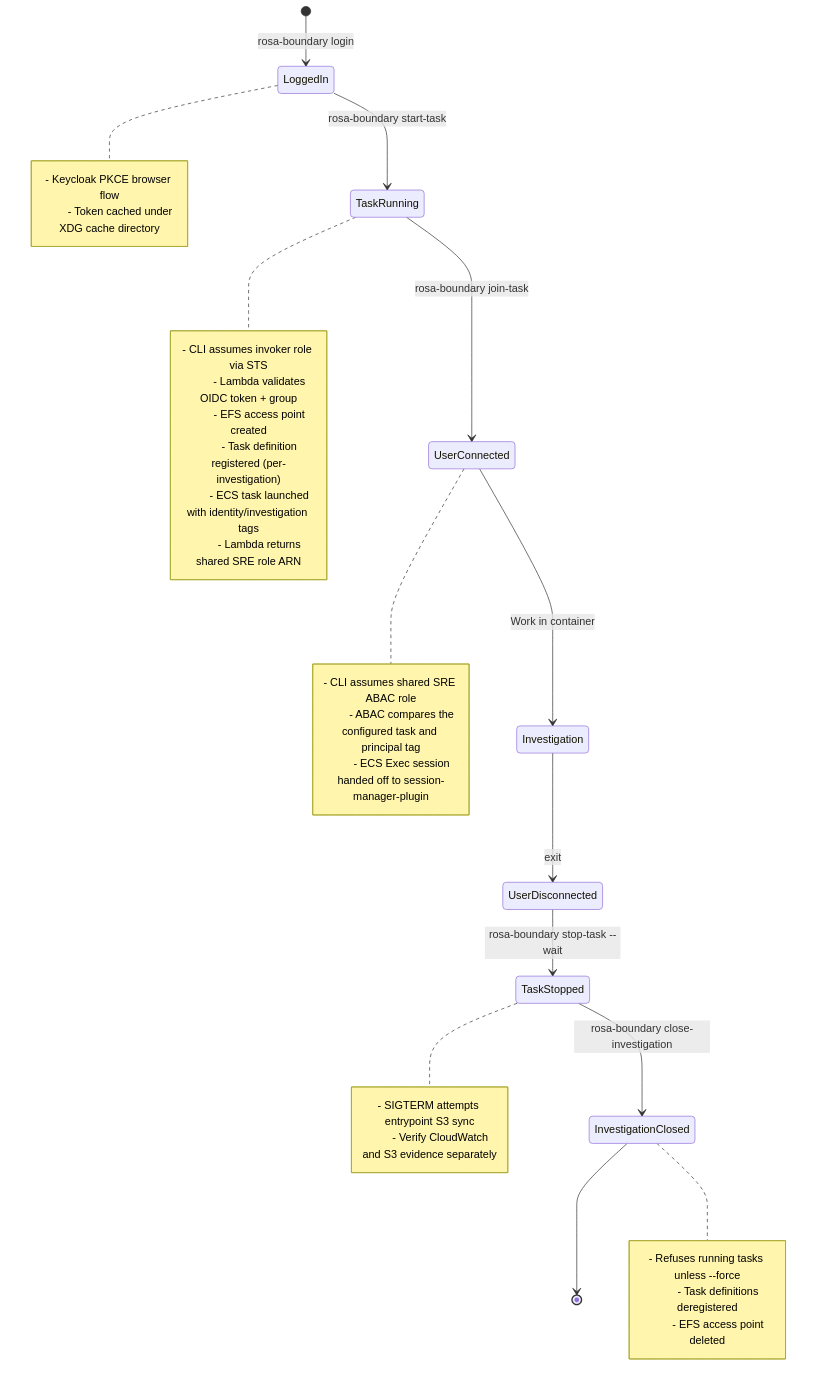
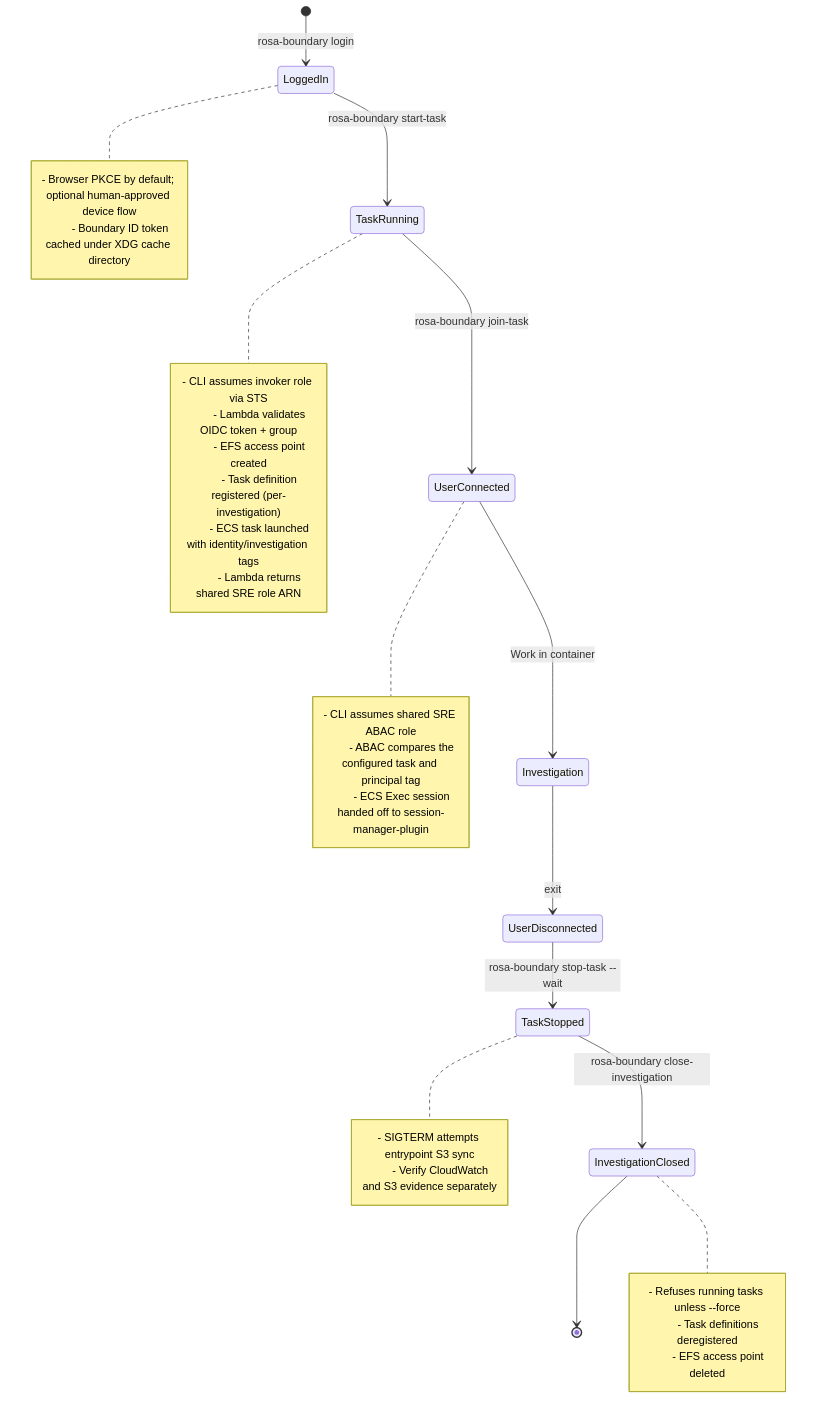
One commit to openshift-online/rosa-boundary changed the diagram in docs/runbooks/investigation-workflow.md. Above: the diagram before and after it, drawn with Mermaid. The commit also changed other lines of this file and 30 other files, not shown here.

First line of the commit message:
feat: support headless OIDC device login for Boundary and OCM (#404)

````diff
--- a/docs/runbooks/investigation-workflow.md
+++ b/docs/runbooks/investigation-workflow.md
@@ -15,42 +15,42 @@
 ```mermaid
 stateDiagram-v2
     [*] --> LoggedIn: rosa-boundary login
     LoggedIn --> TaskRunning: rosa-boundary start-task
     TaskRunning --> UserConnected: rosa-boundary join-task
     UserConnected --> Investigation: Work in container
     Investigation --> UserDisconnected: exit
     UserDisconnected --> TaskStopped: rosa-boundary stop-task --wait
     TaskStopped --> InvestigationClosed: rosa-boundary close-investigation
     InvestigationClosed --> [*]
 
     note right of LoggedIn
-        - Keycloak PKCE browser flow
-        - Token cached under XDG cache directory
+        - Browser PKCE by default; optional human-approved device flow
+        - Boundary ID token cached under XDG cache directory
     end note
 
     note right of TaskRunning
         - CLI assumes invoker role via STS
         - Lambda validates OIDC token + group
         - EFS access point created
         - Task definition registered (per-investigation)
         - ECS task launched with identity/investigation tags
         - Lambda returns shared SRE role ARN
     end note
 
     note right of UserConnected
         - CLI assumes shared SRE ABAC role
         - ABAC compares the configured task and principal tag
         - ECS Exec session handed off to session-manager-plugin
     end note
 
     note right of TaskStopped
         - SIGTERM attempts entrypoint S3 sync
         - Verify CloudWatch and S3 evidence separately
     end note
 
     note right of InvestigationClosed
         - Refuses running tasks unless --force
         - Task definitions deregistered
         - EFS access point deleted
     end note
 ```
````
